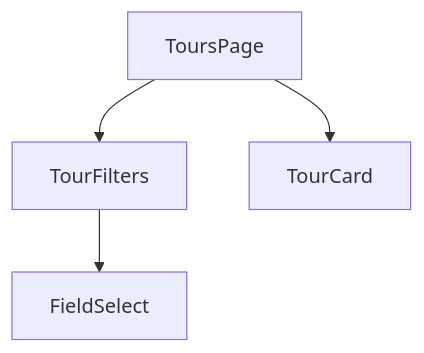
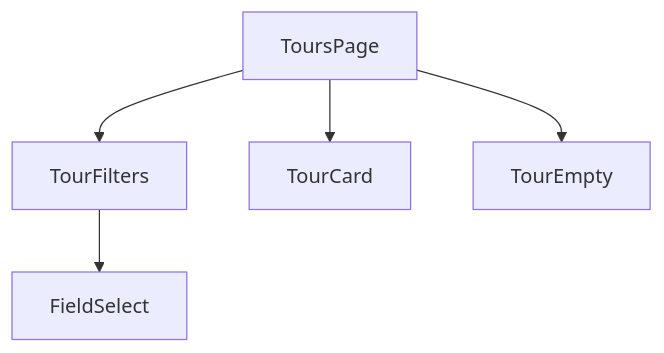
One commit to summer10920/summer10920.github.io changed the sixth of 12 diagrams in source/_posts/lokiTech-15day-12-project-travel.md. Above: the diagram before and after it, drawn with Mermaid. The commit also changed other lines of this file and 1 other file, not shown here.

```diff
--- a/source/_posts/lokiTech-15day-12-project-travel.md
+++ b/source/_posts/lokiTech-15day-12-project-travel.md
@@ -2548,5 +2605,6 @@
 {% mermaid graph TD %}
   page["ToursPage"] --> filters["TourFilters"]
   page --> card["TourCard"]
+  page --> empty["TourEmpty"]
   filters --> field["FieldSelect"]
 {% endmermaid %}
```
